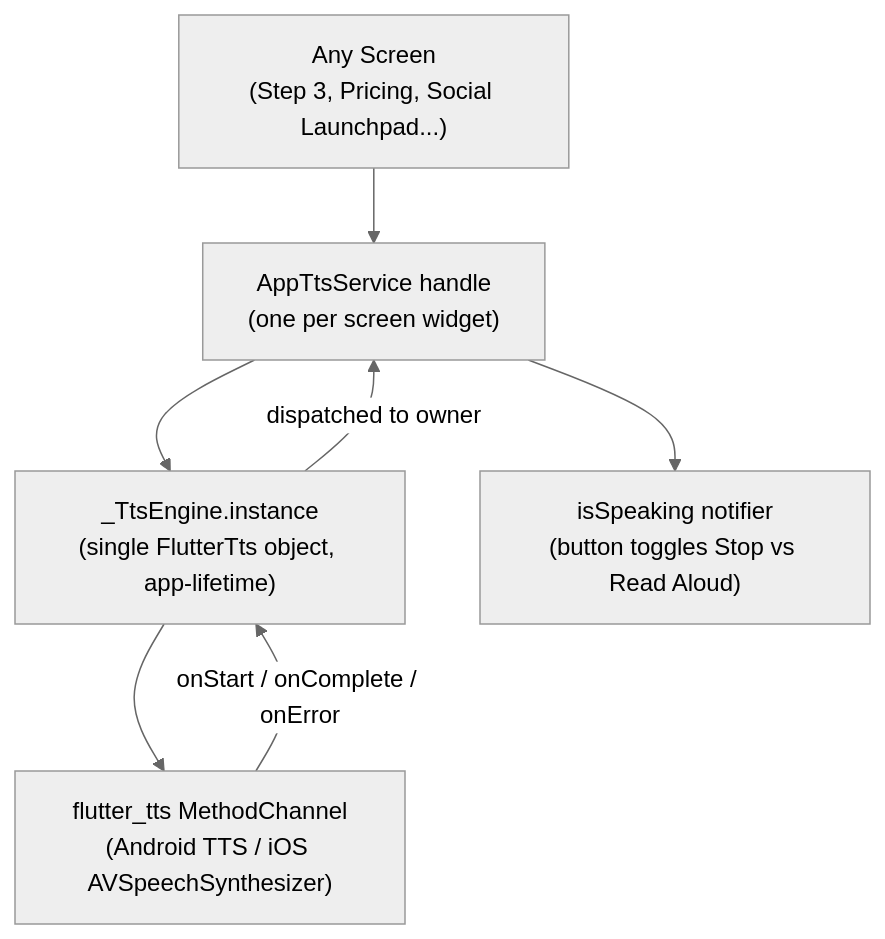
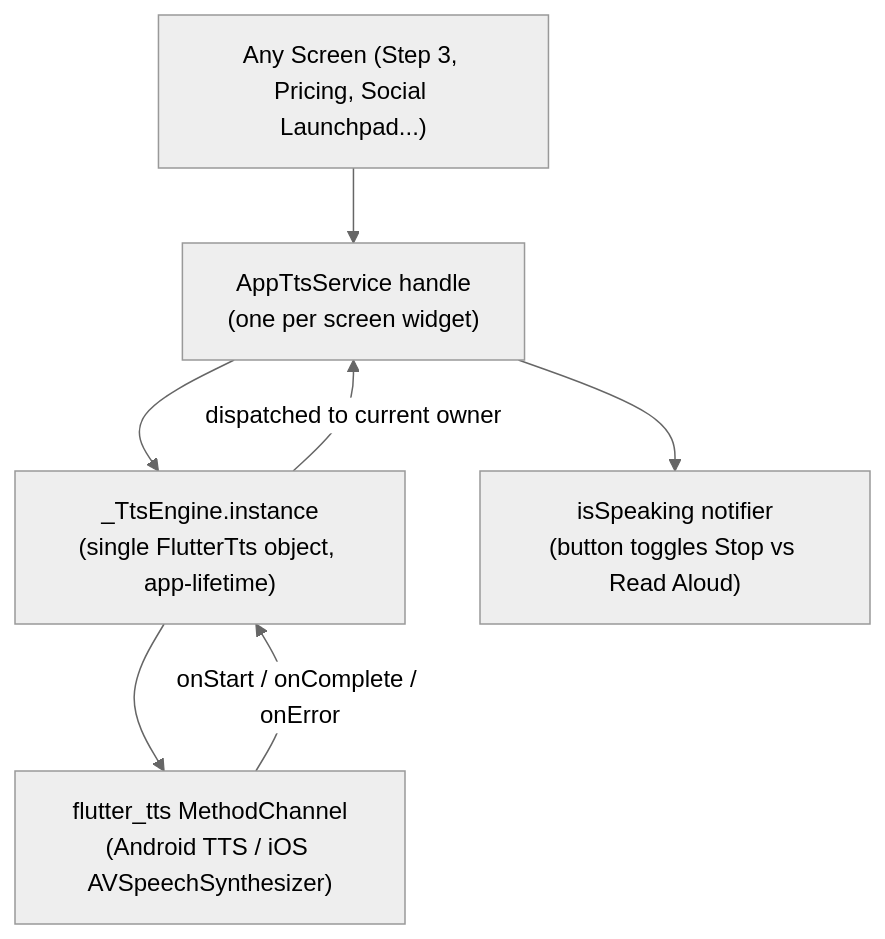
The sixth of 10 diagrams in docs/ARCHITECTURE.md (kan9667/kalasetu), drawn with Mermaid (neutral theme) before and after one commit. The commit also changed other lines of this file and 1 other file, not shown here.

First line of the commit message:
docs: consolidate ARCHITECTURE.md as single source of truth

````diff
--- a/docs/ARCHITECTURE.md
+++ b/docs/ARCHITECTURE.md
@@ -319,9 +857,13 @@
 ```mermaid
 flowchart TD
-    Screen["Any Screen\n(Step 3, Pricing, Social Launchpad...)"] --> Handle["AppTtsService handle\n(one per screen widget)"]
-    Handle --> Engine["_TtsEngine.instance\n(single FlutterTts object, app-lifetime)"]
-    Engine --> Platform["flutter_tts MethodChannel\n(Android TTS / iOS AVSpeechSynthesizer)"]
+    Screen["Any Screen (Step 3, Pricing, Social Launchpad...)"] --> Handle["AppTtsService handle
+(one per screen widget)"]
+    Handle --> Engine["_TtsEngine.instance
+(single FlutterTts object, app-lifetime)"]
+    Engine --> Platform["flutter_tts MethodChannel
+(Android TTS / iOS AVSpeechSynthesizer)"]
     Platform -->|"onStart / onComplete / onError"| Engine
-    Engine -->|"dispatched to owner"| Handle
-    Handle --> StateUpdate["isSpeaking notifier\n(button toggles Stop vs Read Aloud)"]
+    Engine -->|"dispatched to current owner"| Handle
+    Handle --> StateUpdate["isSpeaking notifier
+(button toggles Stop vs Read Aloud)"]
 ```
````
